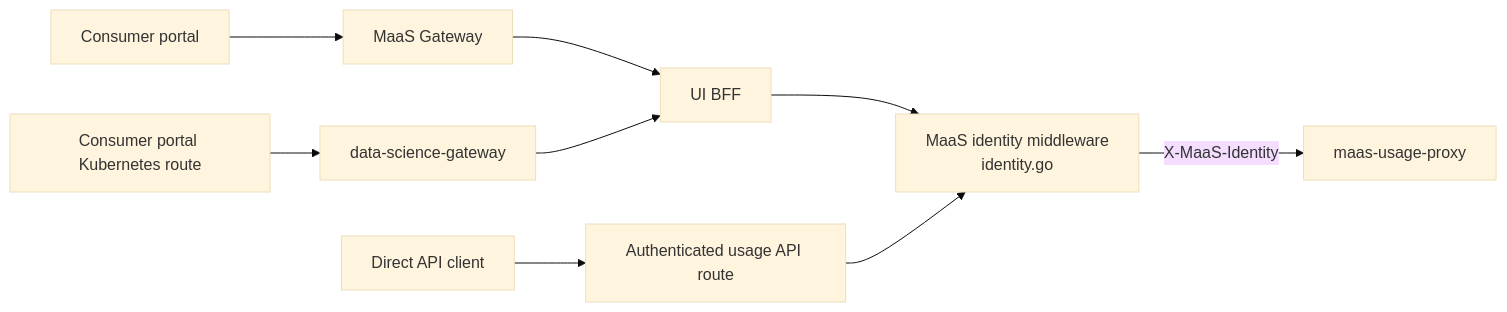
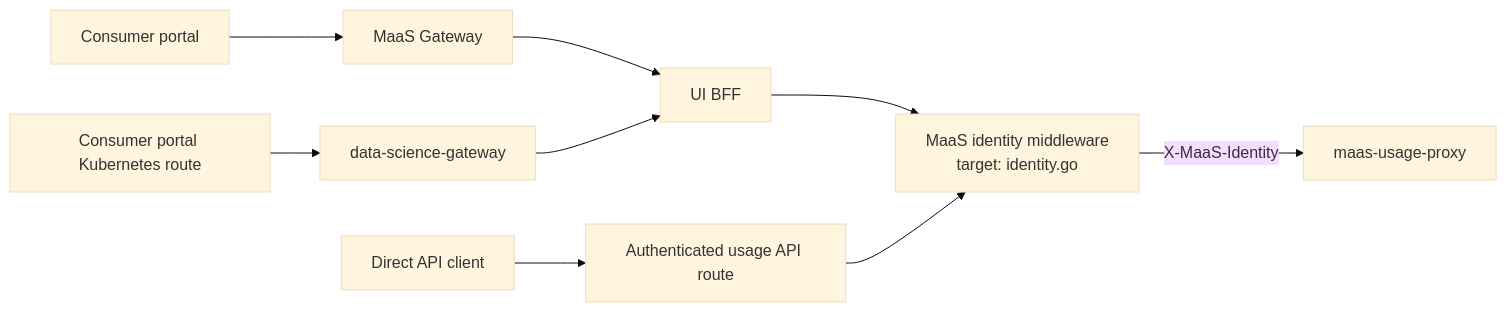
Before and after one commit to opendatahub-io/architecture-decision-records: the diagram in architecture-decision-records/model-serving/ODH-ADR-MS-0009-maas-usage-dashboard-oidc-authorization-and-data-scoping.md, drawn with Mermaid (base theme). The commit also changed other lines of this file, not shown here.

````diff
--- a/architecture-decision-records/model-serving/ODH-ADR-MS-0009-maas-usage-dashboard-oidc-authorization-and-data-scoping.md
+++ b/architecture-decision-records/model-serving/ODH-ADR-MS-0009-maas-usage-dashboard-oidc-authorization-and-data-scoping.md
@@ -114,11 +117,11 @@
 ```mermaid
 flowchart LR
   Portal[Consumer portal] --> MG[MaaS Gateway]
   Separate[Consumer portal Kubernetes route] --> KR[data-science-gateway]
   MG --> BFF[UI BFF]
   KR --> BFF
-  BFF --> Identity["MaaS identity middleware<br/>identity.go"]
+  BFF --> Identity["MaaS identity middleware<br/>target: identity.go"]
   API[Direct API client] --> AG[Authenticated usage API route]
   AG --> Identity
   Identity -->|X-MaaS-Identity| Usage[maas-usage-proxy]
 ```
````
